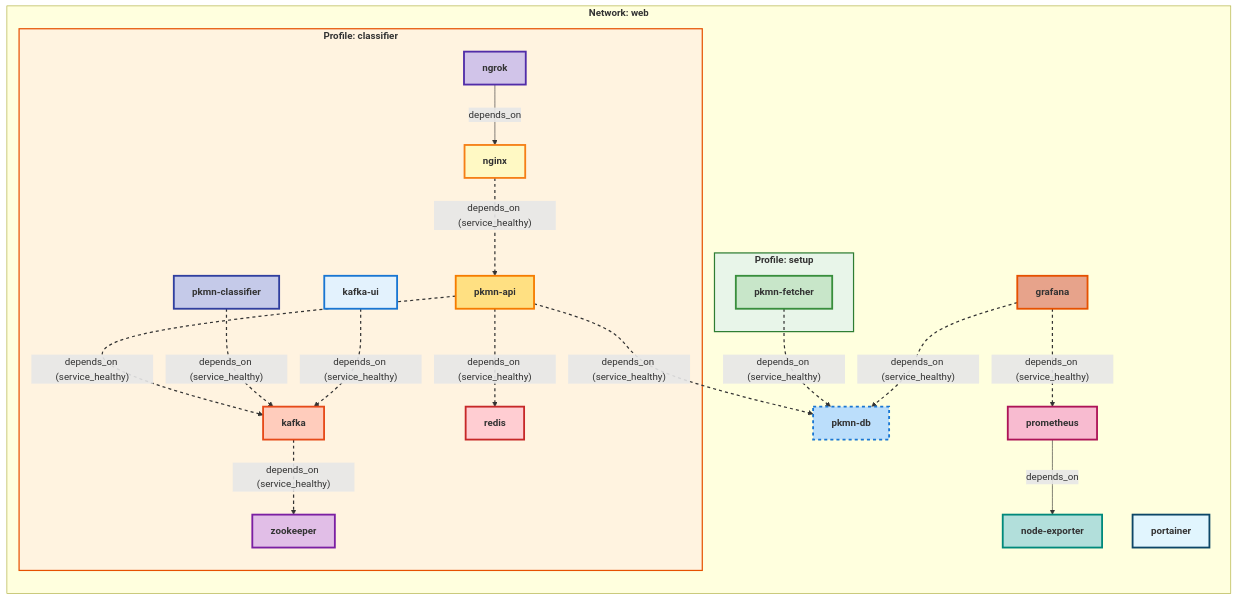
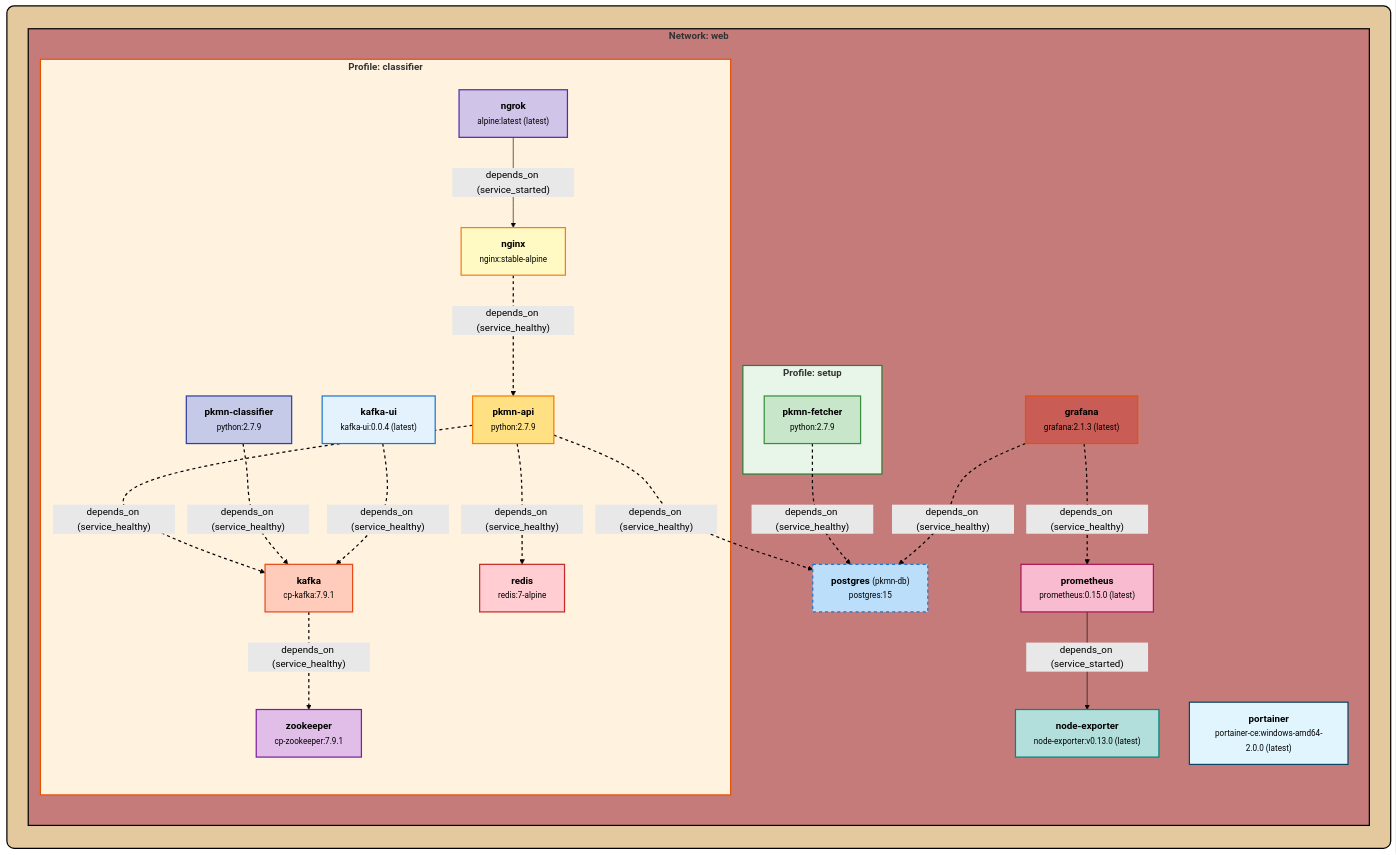
Before and after one commit to mbofos01/pokedex: the diagram in README.md, drawn with Mermaid. The commit also changed other lines of this file and 1 other file, not shown here.

Commit message:
Update service dependencies and diagram styling
Refined Mermaid diagram in README to show service versions, improved styling, and updated dependency conditions for ngrok and prometheus in docker-compose.yaml to use 'service_started'. Added background color and border settings to docker-compose visualization.

````diff
--- a/README.md
+++ b/README.md
@@ -10,69 +9,76 @@
 ```mermaid
-%%{init: {"theme": "default", "themeVariables": {"background":"#ffffff"}}}%%
-graph BT
+%%{init: {  "theme": "forest",  "themeVariables": {    "background": "#e3c99d"  }}}%%
+ graph BT
+ subgraph BG[" "]
+ direction BT
   subgraph Network_web[<b>Network: web</b>]
     subgraph Profile_setup[<b>Profile: setup</b>]
-      pkmn-fetcher["<b>pkmn-fetcher</b>"]
+      pkmn-fetcher["<b>pkmn-fetcher</b><br/><small>python:</small><small>2.7.9</small>"]
     end
   style Profile_setup fill:#E8F5E9,stroke:#2E7D32,stroke-width:2
     subgraph Profile_classifier[<b>Profile: classifier</b>]
-      zookeeper["<b>zookeeper</b>"]
-      kafka["<b>kafka</b>"]
-      redis["<b>redis</b>"]
-      pkmn-api["<b>pkmn-api</b>"]
-      pkmn-classifier["<b>pkmn-classifier</b>"]
-      kafka-ui["<b>kafka-ui</b>"]
-      nginx["<b>nginx</b>"]
-      ngrok["<b>ngrok</b>"]
+      zookeeper["<b>zookeeper</b><br/><small>cp-zookeeper:</small><small>7.9.1</small>"]
+      kafka["<b>kafka</b><br/><small>cp-kafka:</small><small>7.9.1</small>"]
+      redis["<b>redis</b><br/><small>redis:</small><small>7-alpine</small>"]
+      pkmn-api["<b>pkmn-api</b><br/><small>python:</small><small>2.7.9</small>"]
+      pkmn-classifier["<b>pkmn-classifier</b><br/><small>python:</small><small>2.7.9</small>"]
+      kafka-ui["<b>kafka-ui</b><br/><small>kafka-ui:</small><small>0.0.4 (latest)</small>"]
+      nginx["<b>nginx</b><br/><small>nginx:</small><small>stable-alpine</small>"]
+      ngrok["<b>ngrok</b><br/><small>alpine:</small><small>latest (latest)</small>"]
     end
   style Profile_classifier fill:#FFF3E0,stroke:#E65100,stroke-width:2
-    pkmn-db["<b>pkmn-db</b>"]
-    portainer["<b>portainer</b>"]
-    grafana["<b>grafana</b>"]
-    node-exporter["<b>node-exporter</b>"]
-    prometheus["<b>prometheus</b>"]
+    postgres["<b>postgres</b> <small>(pkmn-db)</small><br/><small>postgres:</small><small>15</small>"]
+    portainer["<b>portainer</b><br/><small>portainer-ce:</small><small>windows-amd64-2.0.0 (latest)</small>"]
+    grafana["<b>grafana</b><br/><small>grafana:</small><small>2.1.3 (latest)</small>"]
+    node-exporter["<b>node-exporter</b><br/><small>node-exporter:</small><small>v0.13.0 (latest)</small>"]
+    prometheus["<b>prometheus</b><br/><small>prometheus:</small><small>0.15.0 (latest)</small>"]
   end
-  pkmn-db["<b>pkmn-db</b>"]
-  portainer["<b>portainer</b>"]
-  grafana["<b>grafana</b>"]
-  node-exporter["<b>node-exporter</b>"]
-  prometheus["<b>prometheus</b>"]
-  pkmn-fetcher -- depends_on (service_healthy) --> pkmn-db
+  style Network_web fill:#c67b7b,stroke:#000000,stroke-width:2,stroke-dasharray:0
+  postgres["<b>postgres</b> <small>(pkmn-db)</small><br/><small>postgres:</small><small>15</small>"]
+  portainer["<b>portainer</b><br/><small>portainer-ce:</small><small>windows-amd64-2.0.0 (latest)</small>"]
+  grafana["<b>grafana</b><br/><small>grafana:</small><small>2.1.3 (latest)</small>"]
+  node-exporter["<b>node-exporter</b><br/><small>node-exporter:</small><small>v0.13.0 (latest)</small>"]
+  prometheus["<b>prometheus</b><br/><small>prometheus:</small><small>0.15.0 (latest)</small>"]
+  end
+  pkmn-fetcher -- depends_on (service_healthy) --> postgres
   linkStyle 0 stroke-width:2,stroke-dasharray:5 5
   kafka -- depends_on (service_healthy) --> zookeeper
   linkStyle 1 stroke-width:2,stroke-dasharray:5 5
-  pkmn-api -- depends_on (service_healthy) --> pkmn-db
+  pkmn-api -- depends_on (service_healthy) --> postgres
   linkStyle 2 stroke-width:2,stroke-dasharray:5 5
   pkmn-api -- depends_on (service_healthy) --> kafka
   linkStyle 3 stroke-width:2,stroke-dasharray:5 5
   pkmn-api -- depends_on (service_healthy) --> redis
   linkStyle 4 stroke-width:2,stroke-dasharray:5 5
   pkmn-classifier -- depends_on (service_healthy) --> kafka
   linkStyle 5 stroke-width:2,stroke-dasharray:5 5
   kafka-ui -- depends_on (service_healthy) --> kafka
   linkStyle 6 stroke-width:2,stroke-dasharray:5 5
   nginx -- depends_on (service_healthy) --> pkmn-api
   linkStyle 7 stroke-width:2,stroke-dasharray:5 5
-  ngrok -- depends_on --> nginx
-  grafana -- depends_on (service_healthy) --> pkmn-db
+  ngrok -- depends_on (service_started) --> nginx
+  linkStyle 8 stroke-width:undefined,stroke-dasharray:undefined
+  grafana -- depends_on (service_healthy) --> postgres
   linkStyle 9 stroke-width:2,stroke-dasharray:5 5
   grafana -- depends_on (service_healthy) --> prometheus
   linkStyle 10 stroke-width:2,stroke-dasharray:5 5
-  prometheus -- depends_on --> node-exporter
-  style pkmn-db fill:#BBDEFB,stroke:#1976D2,stroke-width:3,stroke-dasharray:5 5
-  style pkmn-fetcher fill:#C8E6C9,stroke:#388E3C,stroke-width:3
-  style zookeeper fill:#E1BEE7,stroke:#7B1FA2,stroke-width:3
-  style kafka fill:#FFCCBC,stroke:#E64A19,stroke-width:3
-  style redis fill:#FFCDD2,stroke:#C62828,stroke-width:3
-  style pkmn-api fill:#FFE082,stroke:#F57C00,stroke-width:3
-  style pkmn-classifier fill:#C5CAE9,stroke:#303F9F,stroke-width:3
-  style kafka-ui fill:#E3F2FD,stroke:#1976D2,stroke-width:3
-  style nginx fill:#FFF9C4,stroke:#F57F17,stroke-width:3
-  style ngrok fill:#D1C4E9,stroke:#512DA8,stroke-width:3
-  style portainer fill:#E1F5FE,stroke:#0c4667ff,stroke-width:3
-  style grafana fill:#cc382b76,stroke:#E65100,stroke-width:3
-  style node-exporter fill:#B2DFDB,stroke:#00897B,stroke-width:3
-  style prometheus fill:#F8BBD0,stroke:#AD1457,stroke-width:3
+  prometheus -- depends_on (service_started) --> node-exporter
+  linkStyle 11 stroke-width:undefined,stroke-dasharray:undefined
+  style postgres fill:#BBDEFB,stroke:#1976D2,stroke-width:2,stroke-dasharray:5 5
+  style pkmn-fetcher fill:#C8E6C9,stroke:#388E3C,stroke-width:2,stroke-dasharray:0
+  style zookeeper fill:#E1BEE7,stroke:#7B1FA2,stroke-width:2,stroke-dasharray:0
+  style kafka fill:#FFCCBC,stroke:#E64A19,stroke-width:2,stroke-dasharray:0
+  style redis fill:#FFCDD2,stroke:#C62828,stroke-width:2,stroke-dasharray:0
+  style pkmn-api fill:#FFE082,stroke:#F57C00,stroke-width:2,stroke-dasharray:0
+  style pkmn-classifier fill:#C5CAE9,stroke:#303F9F,stroke-width:2,stroke-dasharray:0
+  style kafka-ui fill:#E3F2FD,stroke:#1976D2,stroke-width:2,stroke-dasharray:0
+  style nginx fill:#FFF9C4,stroke:#F57F17,stroke-width:2,stroke-dasharray:0
+  style ngrok fill:#D1C4E9,stroke:#512DA8,stroke-width:2,stroke-dasharray:0
+  style portainer fill:#E1F5FE,stroke:#0c4667ff,stroke-width:2,stroke-dasharray:0
+  style grafana fill:#cc382b76,stroke:#E65100,stroke-width:2,stroke-dasharray:0
+  style node-exporter fill:#B2DFDB,stroke:#00897B,stroke-width:2,stroke-dasharray:0
+  style prometheus fill:#F8BBD0,stroke:#AD1457,stroke-width:2,stroke-dasharray:0
+  style BG fill:#e3c99d,stroke:#000000,stroke-width:2,rx:12,ry:12
 
 
 ```
````
